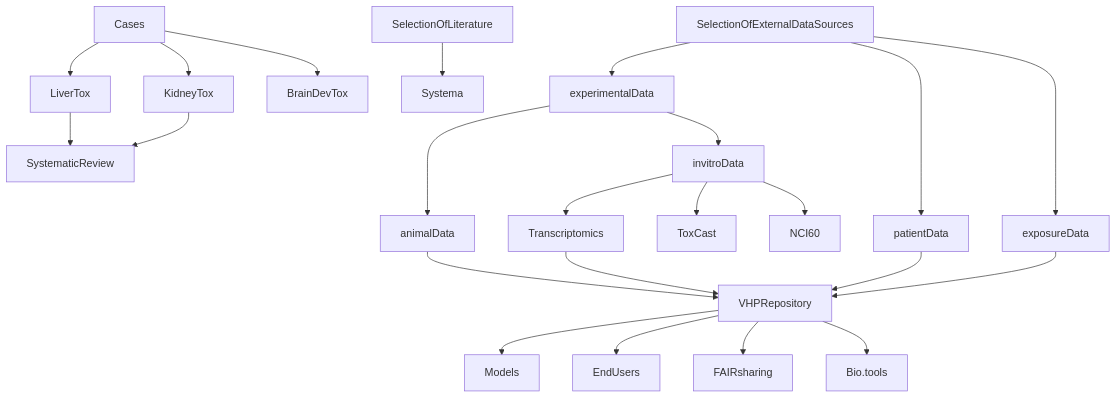
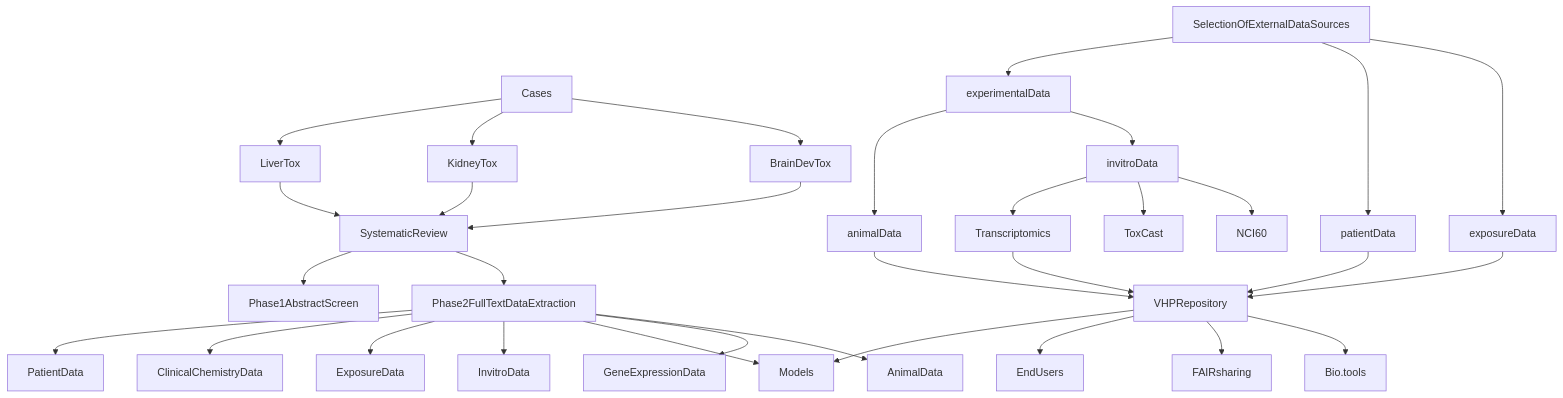
Before and after one commit to ontox-hu/workflows: the diagram in dataCollection.md, drawn with Mermaid.

````diff
--- a/dataCollection.md
+++ b/dataCollection.md
@@ -1,26 +1,34 @@
 ```mermaid
 graph TD
   Cases-->LiverTox
   Cases-->KidneyTox
   Cases-->BrainDevTox
   LiverTox-->SystematicReview
   KidneyTox-->SystematicReview
-  
-  SelectionOfLiterature-->Systema
+  BrainDevTox-->SystematicReview
+  SystematicReview-->Phase1AbstractScreen
+  SystematicReview-->Phase2FullTextDataExtraction
+  Phase2FullTextDataExtraction-->PatientData
+  Phase2FullTextDataExtraction-->ClinicalChemistryData
+  Phase2FullTextDataExtraction-->ExposureData
+  Phase2FullTextDataExtraction-->InvitroData
+  Phase2FullTextDataExtraction-->Models
+  Phase2FullTextDataExtraction-->GeneExpressionData
+  Phase2FullTextDataExtraction-->AnimalData
   SelectionOfExternalDataSources-->experimentalData
   invitroData-->Transcriptomics
   invitroData-->ToxCast
   invitroData-->NCI60
   SelectionOfExternalDataSources-->patientData
   SelectionOfExternalDataSources-->exposureData
   experimentalData-->animalData
   experimentalData-->invitroData
   animalData-->VHPRepository
   patientData-->VHPRepository
   Transcriptomics-->VHPRepository
   exposureData-->VHPRepository
   VHPRepository-->Models
   VHPRepository-->EndUsers
   VHPRepository-->FAIRsharing
   VHPRepository-->Bio.tools
 ```
````
